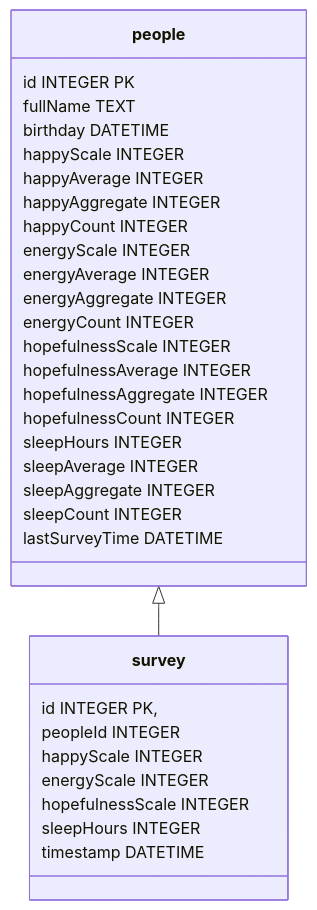
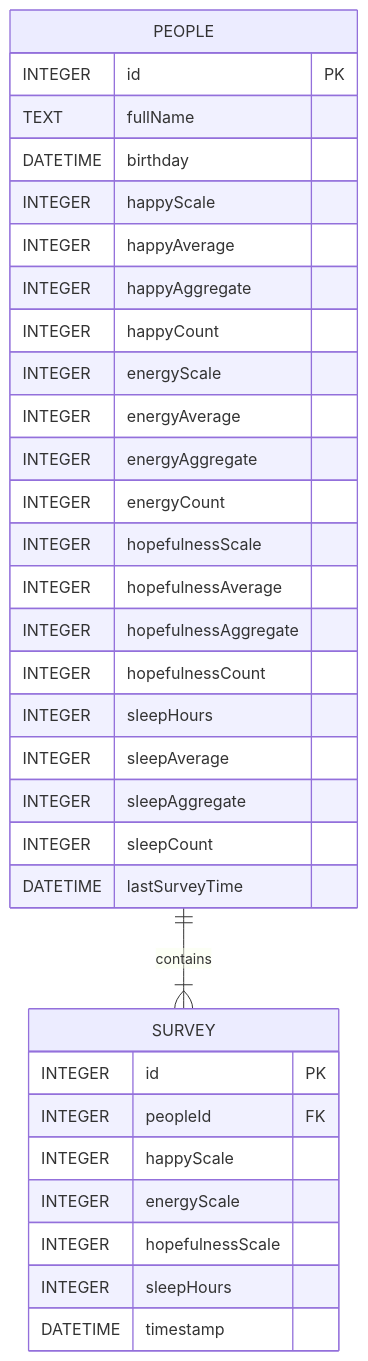
Before and after one commit to edster9/mood-survey-app: the diagram in README.md, drawn with Mermaid. The commit also changed other lines of this file, not shown here.

Commit message:
updated ERD

````diff
--- a/README.md
+++ b/README.md
@@ -58,36 +44,36 @@
 ```mermaid
-classDiagram
-    people <|-- survey
-    class people{
-        id INTEGER PK
-        fullName TEXT
-        birthday DATETIME
-        happyScale INTEGER
-        happyAverage INTEGER
-        happyAggregate INTEGER
-        happyCount INTEGER
-        energyScale INTEGER
-        energyAverage INTEGER
-        energyAggregate INTEGER
-        energyCount INTEGER
-        hopefulnessScale INTEGER
-        hopefulnessAverage INTEGER
-        hopefulnessAggregate INTEGER
-        hopefulnessCount INTEGER
-        sleepHours INTEGER
-        sleepAverage INTEGER
-        sleepAggregate INTEGER
-        sleepCount INTEGER
-        lastSurveyTime DATETIME
+erDiagram
+    PEOPLE ||--|{ SURVEY : contains
+    PEOPLE {
+        INTEGER id PK
+        TEXT fullName
+        DATETIME birthday
+        INTEGER happyScale
+        INTEGER happyAverage
+        INTEGER happyAggregate
+        INTEGER happyCount
+        INTEGER energyScale
+        INTEGER energyAverage
+        INTEGER energyAggregate
+        INTEGER energyCount
+        INTEGER hopefulnessScale
+        INTEGER hopefulnessAverage
+        INTEGER hopefulnessAggregate
+        INTEGER hopefulnessCount
+        INTEGER sleepHours
+        INTEGER sleepAverage
+        INTEGER sleepAggregate
+        INTEGER sleepCount
+        DATETIME lastSurveyTime
     }
-    class survey{
-        id INTEGER PK,
-        peopleId INTEGER
-        happyScale INTEGER
-        energyScale INTEGER
-        hopefulnessScale INTEGER
-        sleepHours INTEGER
-        timestamp DATETIME
+    SURVEY {
+        INTEGER id PK
+        INTEGER peopleId FK
+        INTEGER happyScale
+        INTEGER energyScale
+        INTEGER hopefulnessScale
+        INTEGER sleepHours
+        DATETIME timestamp
     }
 
 ```
````
